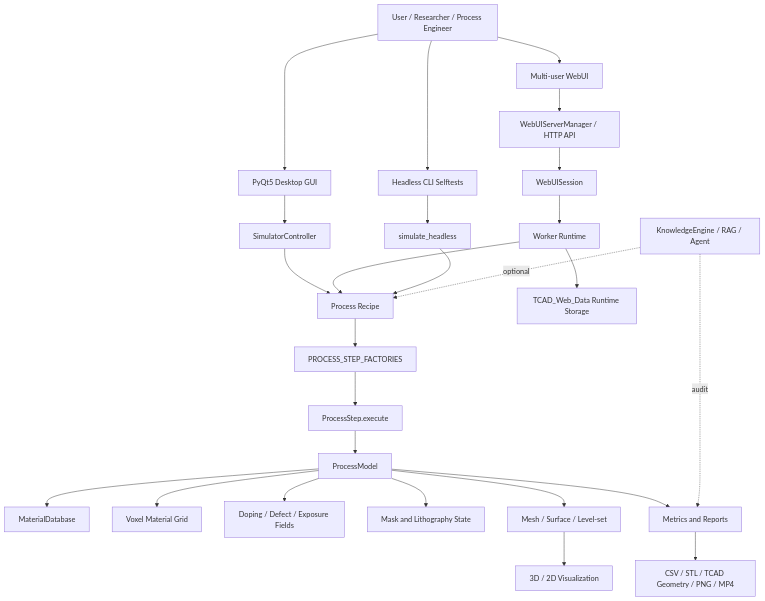
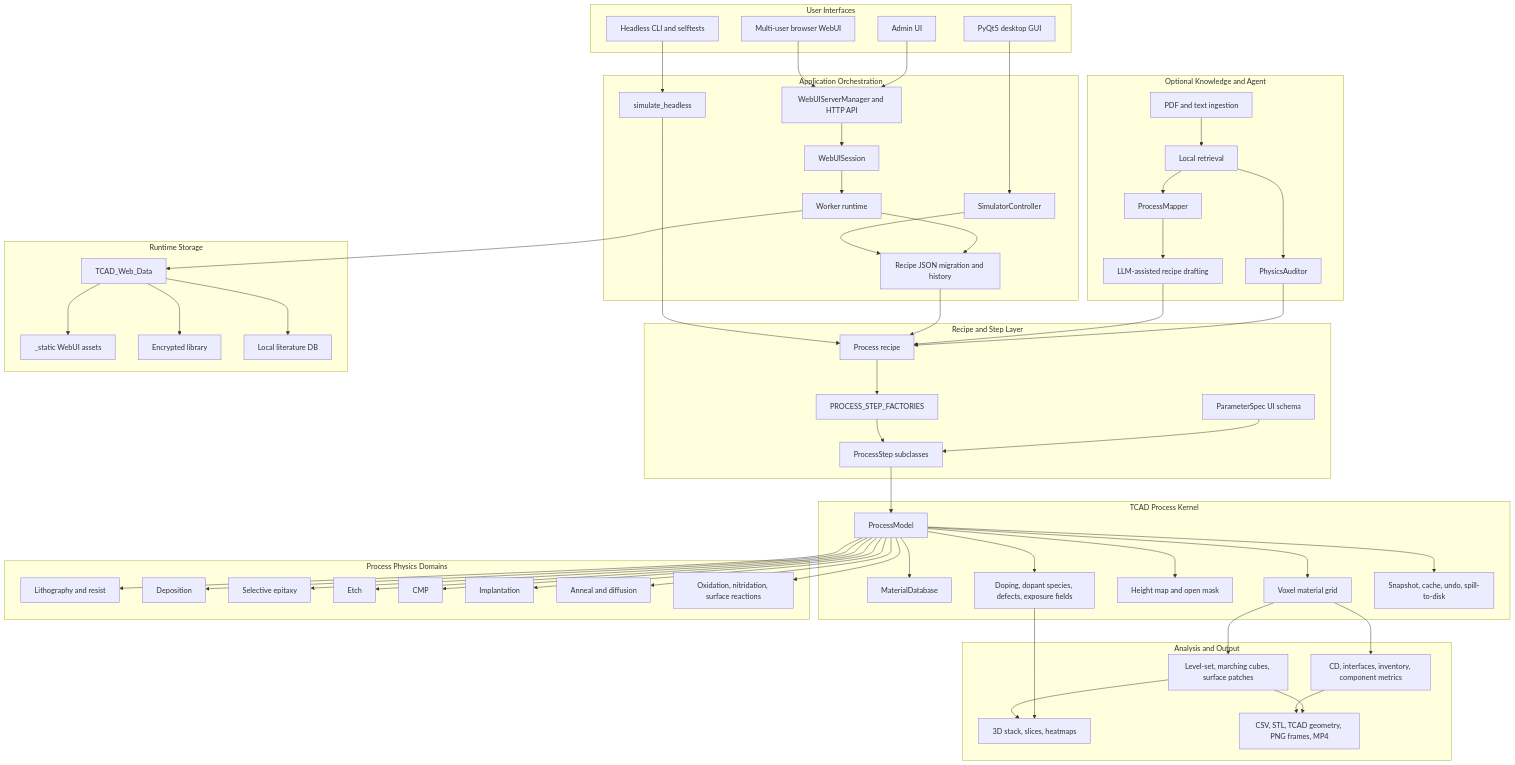
Before and after one commit to FonaTech/TCAD-Simulator: the first of 5 diagrams in README.md, drawn with Mermaid. The commit also changed other lines of this file, not shown here.

````diff
--- a/README.md
+++ b/README.md
@@ -56,34 +56,103 @@
 ```mermaid
 flowchart TD
-    User[User / Researcher / Process Engineer] --> Desktop[PyQt5 Desktop GUI]
-    User --> Browser[Multi-user WebUI]
-    User --> Headless[Headless CLI Selftests]
+    subgraph Interfaces[User Interfaces]
+        Desktop[PyQt5 desktop GUI]
+        Browser[Multi-user browser WebUI]
+        CLI[Headless CLI and selftests]
+        Admin[Admin UI]
+    end
 
-    Desktop --> Controller[SimulatorController]
-    Browser --> WebServer[WebUIServerManager / HTTP API]
-    WebServer --> Session[WebUISession]
-    Session --> Worker[Worker Runtime]
-    Headless --> SimHeadless[simulate_headless]
+    subgraph Orchestration[Application Orchestration]
+        Controller[SimulatorController]
+        WebServer[WebUIServerManager and HTTP API]
+        Session[WebUISession]
+        Worker[Worker runtime]
+        Headless[simulate_headless]
+        RecipeIO[Recipe JSON migration and history]
+    end
 
-    Controller --> Recipe[Process Recipe]
-    Worker --> Recipe
-    SimHeadless --> Recipe
+    subgraph RecipeLayer[Recipe and Step Layer]
+        Recipe[Process recipe]
+        Factories[PROCESS_STEP_FACTORIES]
+        Steps[ProcessStep subclasses]
+        Params[ParameterSpec UI schema]
+    end
 
-    Recipe --> StepFactory[PROCESS_STEP_FACTORIES]
-    StepFactory --> Step[ProcessStep.execute]
-    Step --> Model[ProcessModel]
+    subgraph ProcessKernel[TCAD Process Kernel]
+        Model[ProcessModel]
+        Materials[MaterialDatabase]
+        Grid[Voxel material grid]
+        Height[Height map and open mask]
+        Fields[Doping, dopant species, defects, exposure fields]
+        Snapshots[Snapshot, cache, undo, spill-to-disk]
+    end
 
-    Model --> Materials[MaterialDatabase]
-    Model --> Grid[Voxel Material Grid]
-    Model --> Fields[Doping / Defect / Exposure Fields]
-    Model --> Mask[Mask and Lithography State]
-    Model --> Geometry[Mesh / Surface / Level-set]
-    Model --> Metrology[Metrics and Reports]
+    subgraph PhysicsDomains[Process Physics Domains]
+        Litho[Lithography and resist]
+        Dep[Deposition]
+        Epi[Selective epitaxy]
+        Etch[Etch]
+        CMP[CMP]
+        Implant[Implantation]
+        Anneal[Anneal and diffusion]
+        Ox[Oxidation, nitridation, surface reactions]
+    end
 
-    Geometry --> Preview[3D / 2D Visualization]
-    Metrology --> Export[CSV / STL / TCAD Geometry / PNG / MP4]
-    Worker --> Storage[TCAD_Web_Data Runtime Storage]
+    subgraph Analysis[Analysis and Output]
+        Geometry[Level-set, marching cubes, surface patches]
+        Preview[3D stack, slices, heatmaps]
+        Metrology[CD, interfaces, inventory, component metrics]
+        Export[CSV, STL, TCAD geometry, PNG frames, MP4]
+    end
 
-    Knowledge[KnowledgeEngine / RAG / Agent] -. optional .-> Recipe
-    Knowledge -. audit .-> Metrology
+    subgraph Knowledge[Optional Knowledge and Agent]
+        Docs[PDF and text ingestion]
+        Retrieval[Local retrieval]
+        Mapper[ProcessMapper]
+        Auditor[PhysicsAuditor]
+        Agent[LLM-assisted recipe drafting]
+    end
+
+    subgraph Storage[Runtime Storage]
+        WebData[TCAD_Web_Data]
+        Static[_static WebUI assets]
+        Library[Encrypted library]
+        Literature[Local literature DB]
+    end
+
+    Desktop --> Controller
+    Browser --> WebServer
+    Admin --> WebServer
+    WebServer --> Session --> Worker
+    CLI --> Headless
+    Controller --> RecipeIO
+    Worker --> RecipeIO
+    Headless --> Recipe
+    RecipeIO --> Recipe
+    Recipe --> Factories --> Steps --> Model
+    Params --> Steps
+    Model --> Materials
+    Model --> Grid
+    Model --> Height
+    Model --> Fields
+    Model --> Snapshots
+    Model --> Litho
+    Model --> Dep
+    Model --> Epi
+    Model --> Etch
+    Model --> CMP
+    Model --> Implant
+    Model --> Anneal
+    Model --> Ox
+    Grid --> Geometry --> Preview
+    Fields --> Preview
+    Grid --> Metrology --> Export
+    Geometry --> Export
+    Worker --> WebData
+    WebData --> Static
+    WebData --> Library
+    WebData --> Literature
+    Docs --> Retrieval --> Mapper --> Agent --> Recipe
+    Auditor --> Recipe
+    Retrieval --> Auditor
 ```
````
